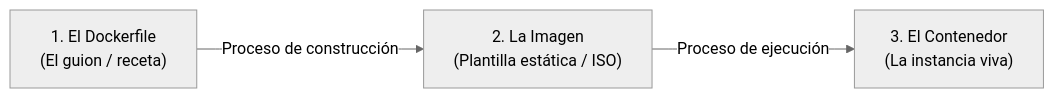
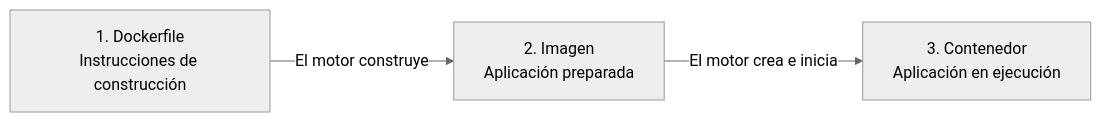
One commit to ieftraining/curso-openshift changed the second of 3 diagrams in docs/sesion1/1.2 de servidor a contendor.md. Above: the diagram before and after it, drawn with Mermaid (neutral theme). The commit also changed other lines of this file, not shown here.

````diff
--- a/docs/sesion1/1.2 de servidor a contendor.md
+++ b/docs/sesion1/1.2 de servidor a contendor.md
@@ -52,5 +52,5 @@
 ```mermaid
 flowchart LR
-    A["1. El Dockerfile<br>(El guion / receta)"] -->|"Proceso de construcción"| B["2. La Imagen<br>(Plantilla estática / ISO)"]
-    B -->|"Proceso de ejecución"| C["3. El Contenedor<br>(La instancia viva)"]
+    A["1. Dockerfile<br>Instrucciones de construcción"] -->|"El motor construye"| B["2. Imagen<br>Aplicación preparada"]
+    B -->|"El motor crea e inicia"| C["3. Contenedor<br>Aplicación en ejecución"]
 ```
````
